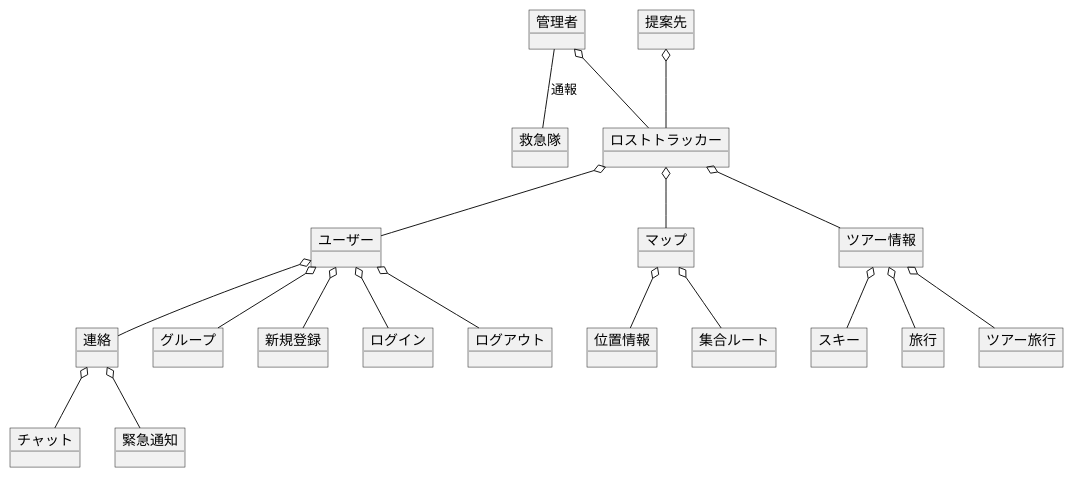
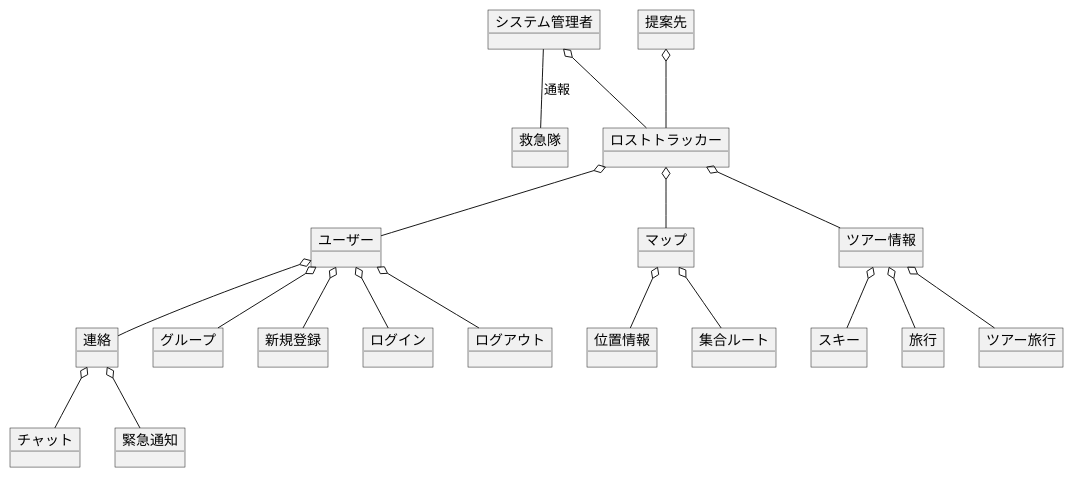
One commit to ksw2270227/GroupF changed the second of 3 diagrams in F_dmainModel.plantuml. Above: the diagram before and after it, drawn with PlantUML. The commit also changed other lines of this file and 7 other files, not shown here.

```diff
--- a/F_dmainModel.plantuml
+++ b/F_dmainModel.plantuml
@@ -44,51 +44,51 @@
 @startuml ドメインモデル2
 
 object 救急隊
 object ロストトラッカー
-object 管理者
+object システム管理者
 object ユーザー
 object 提案先
 
 object 位置情報
 object マップ
 object スキー
 object 旅行
 object ツアー旅行
 
 object ツアー情報
 object 連絡
 object グループ
 object チャット
 object 緊急通知
 
 object 新規登録
 object ログイン
 object ログアウト
 object 集合ルート
 
 
-管理者 -- 救急隊 : 通報
+システム管理者 -- 救急隊 : 通報
 提案先 o-- ロストトラッカー
-管理者 o-- ロストトラッカー
+システム管理者 o-- ロストトラッカー
 ロストトラッカー o-- ユーザー
 
 ユーザー o-- 連絡
 連絡 o-- チャット
 連絡 o-- 緊急通知
 
 ユーザー o-- 新規登録
 ユーザー o-- ログイン
 ユーザー o-- ログアウト
 
 ユーザー o-- グループ
 
 ロストトラッカー o-- マップ
 マップ o-- 集合ルート
 マップ o-- 位置情報
 ロストトラッカー o-- ツアー情報
 
 ツアー情報 o-- スキー
 ツアー情報 o-- 旅行
 ツアー情報 o-- ツアー旅行
 
 @enduml
```
